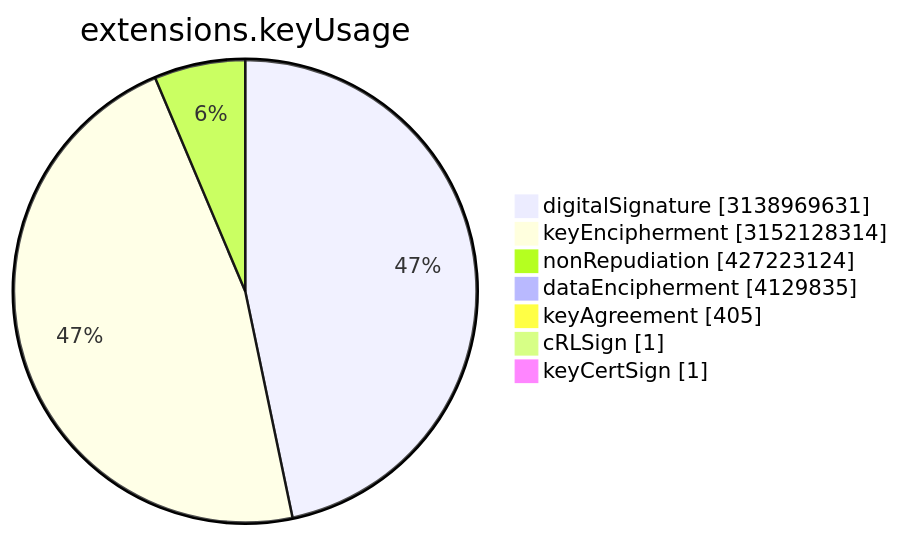
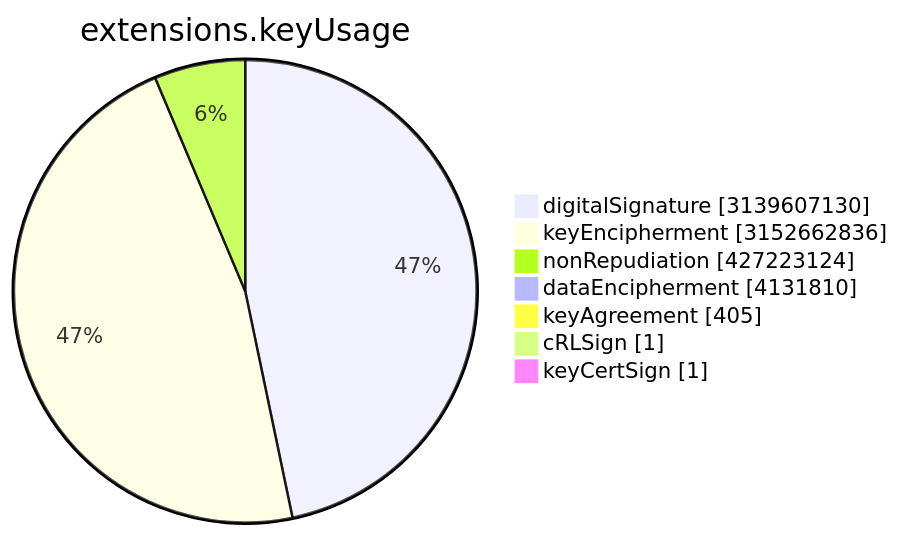
Before and after one commit to christiankrug/ctmonitor_visualization: the sixth of 15 diagrams in TOTAL/README.md, drawn with Mermaid. The commit also changed other lines of this file, not shown here.

````diff
--- a/TOTAL/README.md
+++ b/TOTAL/README.md
@@ -3077,11 +3077,11 @@
 ```mermaid
 pie showData
 title extensions.keyUsage
-"digitalSignature" :3138969631
-"keyEncipherment" :3152128314
+"digitalSignature" :3139607130
+"keyEncipherment" :3152662836
 "nonRepudiation" :427223124
-"dataEncipherment" :4129835
+"dataEncipherment" :4131810
 "keyAgreement" :405
 "cRLSign" :1
 "keyCertSign" :1
 ```
````
